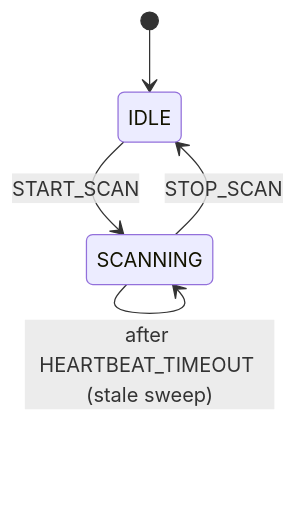
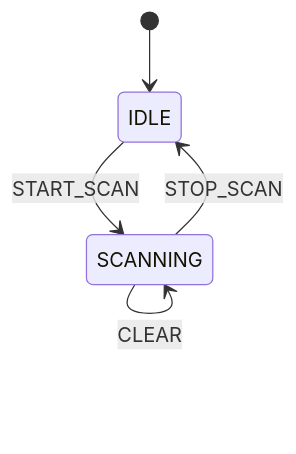
Before and after one commit to kleva-j/pairsync: the second of 3 diagrams in docs/state-machines.md, drawn with Mermaid. The commit also changed other lines of this file and 4 other files, not shown here.

````diff
--- a/docs/state-machines.md
+++ b/docs/state-machines.md
@@ -75,10 +75,9 @@
 ```mermaid
 stateDiagram-v2
     [*] --> IDLE
     IDLE --> SCANNING: START_SCAN
     SCANNING --> SCANNING: DEVICE_FOUND [isNewDevice]
     SCANNING --> SCANNING: DEVICE_EXPIRED [isTrackedDevice]
     SCANNING --> SCANNING: CLEAR
-    SCANNING --> SCANNING: after HEARTBEAT_TIMEOUT (stale sweep)
     SCANNING --> IDLE: STOP_SCAN
 ```
````
